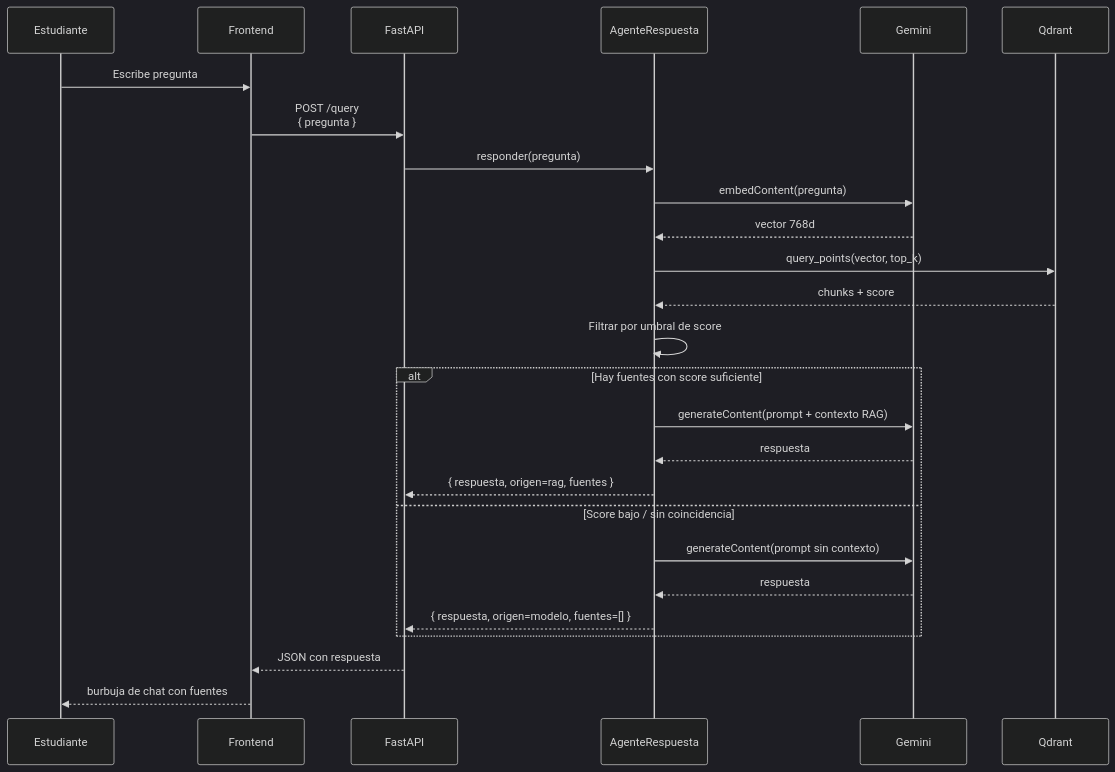
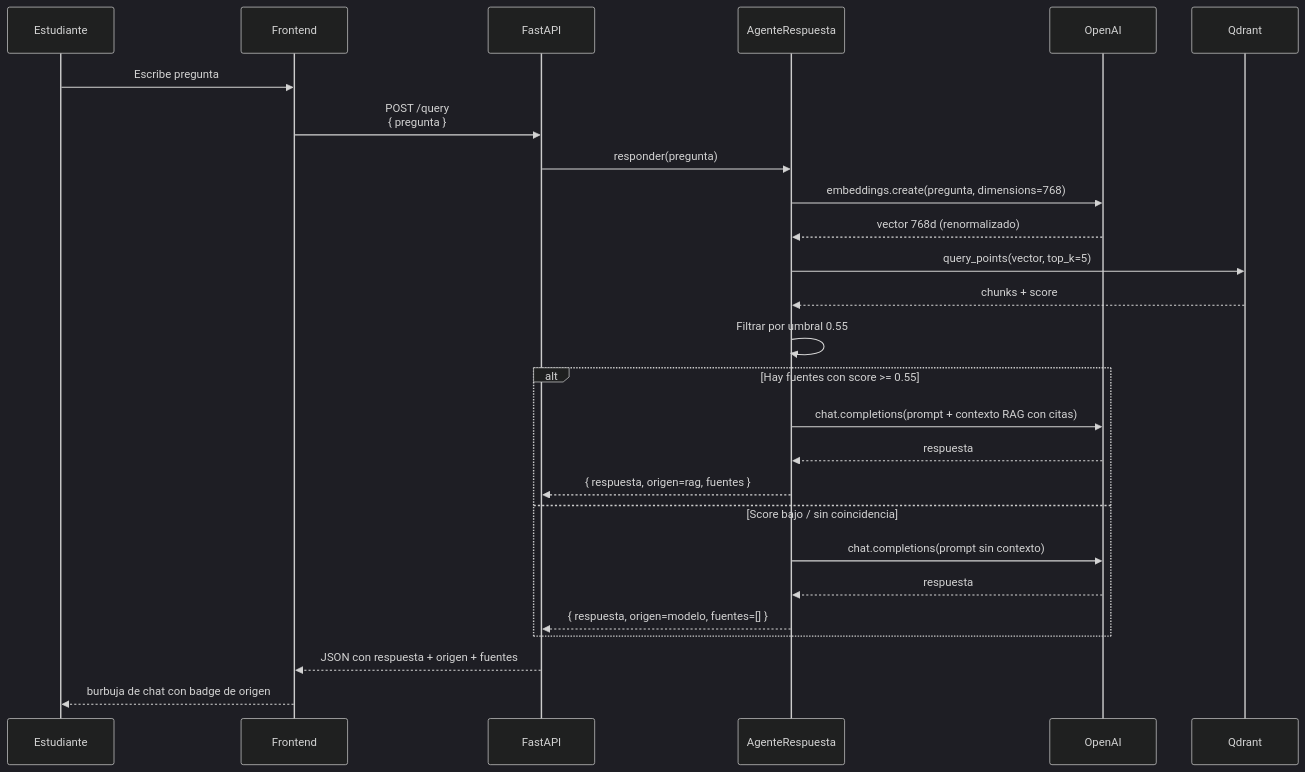
The third of 6 diagrams in docs/academic/Flujo_Interaccion_Usuario_Sistema.md (imlozano/mentor-ia-v2), drawn with Mermaid (dark theme) before and after one commit. The commit also changed other lines of this file and 6 other files, not shown here.

````diff
--- a/docs/academic/Flujo_Interaccion_Usuario_Sistema.md
+++ b/docs/academic/Flujo_Interaccion_Usuario_Sistema.md
@@ -194,28 +199,28 @@
 ```mermaid
 sequenceDiagram
     participant U as Estudiante
     participant FE as Frontend
     participant BE as FastAPI
     participant AR as AgenteRespuesta
-    participant G as Gemini
+    participant OAI as OpenAI
     participant Q as Qdrant
     U->>FE: Escribe pregunta
     FE->>BE: POST /query<br/>{ pregunta }
     BE->>AR: responder(pregunta)
-    AR->>G: embedContent(pregunta)
-    G-->>AR: vector 768d
-    AR->>Q: query_points(vector, top_k)
+    AR->>OAI: embeddings.create(pregunta, dimensions=768)
+    OAI-->>AR: vector 768d (renormalizado)
+    AR->>Q: query_points(vector, top_k=5)
     Q-->>AR: chunks + score
-    AR->>AR: Filtrar por umbral de score
-    alt Hay fuentes con score suficiente
-        AR->>G: generateContent(prompt + contexto RAG)
-        G-->>AR: respuesta
+    AR->>AR: Filtrar por umbral 0.55
+    alt Hay fuentes con score >= 0.55
+        AR->>OAI: chat.completions(prompt + contexto RAG con citas)
+        OAI-->>AR: respuesta
         AR-->>BE: { respuesta, origen=rag, fuentes }
     else Score bajo / sin coincidencia
-        AR->>G: generateContent(prompt sin contexto)
-        G-->>AR: respuesta
+        AR->>OAI: chat.completions(prompt sin contexto)
+        OAI-->>AR: respuesta
         AR-->>BE: { respuesta, origen=modelo, fuentes=[] }
     end
-    BE-->>FE: JSON con respuesta
-    FE-->>U: burbuja de chat con fuentes
+    BE-->>FE: JSON con respuesta + origen + fuentes
+    FE-->>U: burbuja de chat con badge de origen
 ```
````
